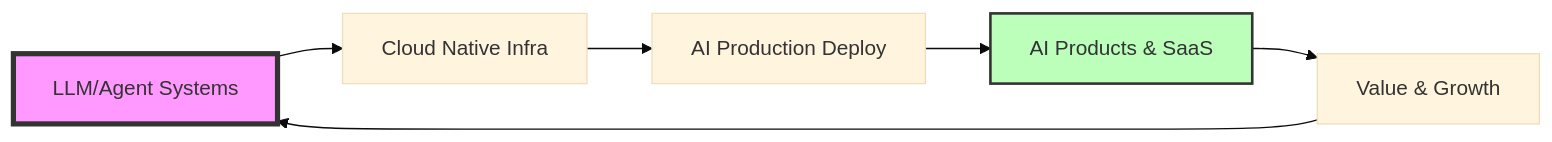
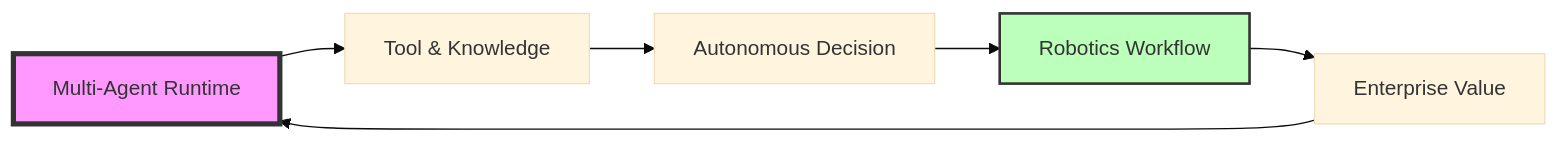
Before and after one commit to ink-hz/ink-hz: the diagram in README.md, drawn with Mermaid (base theme). The commit also changed other lines of this file, not shown here.

First line of the commit message:
Transform profile: Building the Real J.A.R.V.I.S. for Robotics @ Orbbec

````diff
--- a/README.md
+++ b/README.md
@@ -28,10 +28,10 @@
 ```mermaid
 graph LR
-    A[LLM/Agent Systems] --> B[Cloud Native Infra]
-    B --> C[AI Production Deploy]
-    C --> D[AI Products & SaaS]
-    D --> E[Value & Growth]
+    A[Multi-Agent Runtime] --> B[Tool & Knowledge]
+    B --> C[Autonomous Decision]
+    C --> D[Robotics Workflow]
+    D --> E[Enterprise Value]
     E --> A
     style A fill:#f9f,stroke:#333,stroke-width:4px
     style D fill:#bfb,stroke:#333,stroke-width:2px
 ```
````
